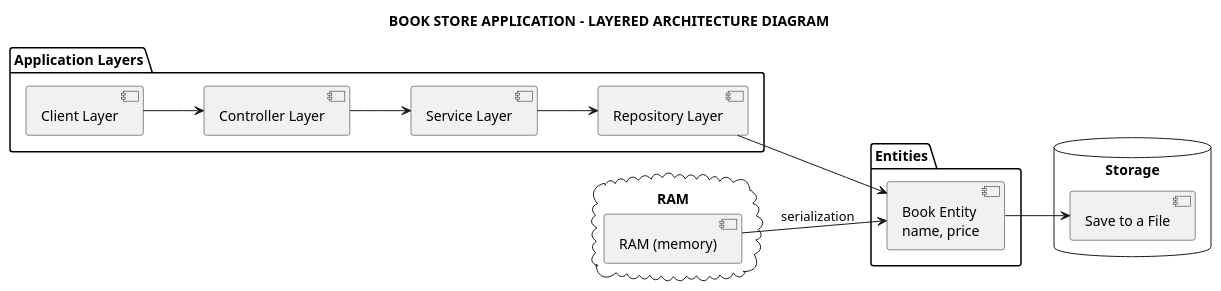
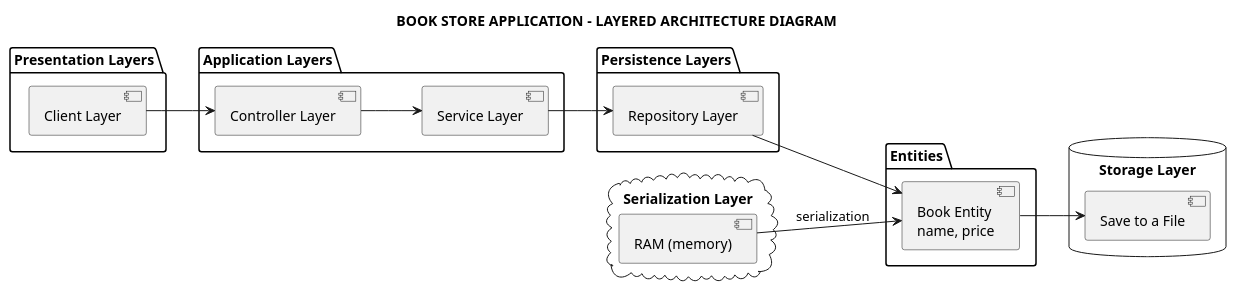
Before and after one commit to longnca/bookstore-java-app-project: the diagram in assets/LayeredArchitecture.puml, drawn with PlantUML. The commit also changed 2 other files, not shown here.

Commit message:
update README and layered architecture

```diff
--- a/assets/LayeredArchitecture.puml
+++ b/assets/LayeredArchitecture.puml
@@ -1,32 +1,37 @@
 @startuml
 left to right direction
 title BOOK STORE APPLICATION - LAYERED ARCHITECTURE DIAGRAM
 
+package "Presentation Layers" {
+  [Client Layer]
+}
 
 package "Application Layers" {
-  [Client Layer]
   [Controller Layer]
   [Service Layer]
+}
+
+package "Persistence Layers" {
   [Repository Layer]
 }
 
 package "Entities" {
   [Book Entity\nname, price]
 }
 
-cloud "RAM" {
+cloud "Serialization Layer" {
   [RAM (memory)]
 }
 
-database "Storage" {
+database "Storage Layer" {
   [Save to a File]
 }
 
 [Client Layer] --> [Controller Layer]
 [Controller Layer] --> [Service Layer]
 [Service Layer] --> [Repository Layer]
 [Repository Layer] --> [Book Entity\nname, price]
 [Book Entity\nname, price] --> [Save to a File]
 [RAM (memory)] --> [Book Entity\nname, price] : serialization
 
 @enduml
```
